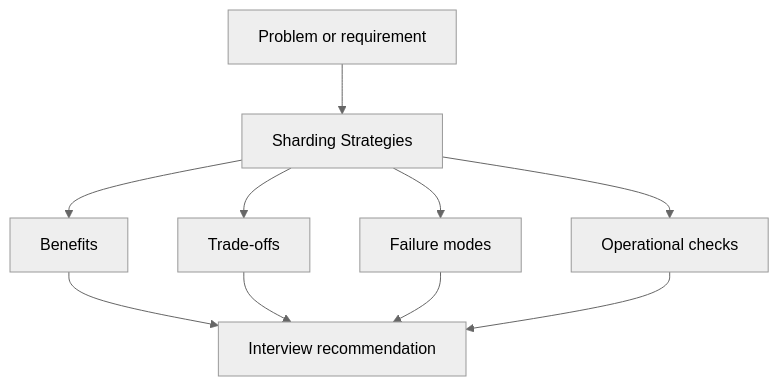
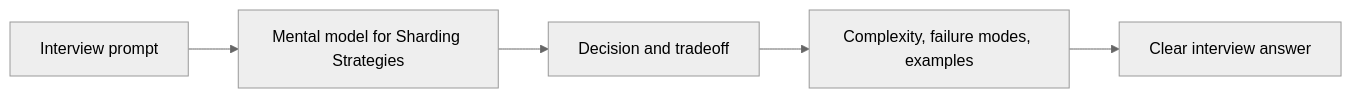
One commit to abstractinterviews/abstractinterviews.github.io changed the third of 3 diagrams in components/databases/sharding/index.md. Above: the diagram before and after it, drawn with Mermaid (neutral theme). The commit also changed other lines of this file and 278 other files, not shown here.

````diff
--- a/components/databases/sharding/index.md
+++ b/components/databases/sharding/index.md
@@ -101,12 +123,7 @@
-~~~mermaid
-flowchart TD
-    Problem["Problem or requirement"] --> Concept["Sharding Strategies"]
-    Concept --> Benefits["Benefits"]
-    Concept --> Tradeoffs["Trade-offs"]
-    Concept --> FailureModes["Failure modes"]
-    Concept --> Operations["Operational checks"]
-    Benefits --> Decision["Interview recommendation"]
-    Tradeoffs --> Decision
-    FailureModes --> Decision
-    Operations --> Decision
-~~~
+```mermaid
+flowchart LR
+    Problem["Interview prompt"] --> Model["Mental model for Sharding Strategies"]
+    Model --> Choice["Decision and tradeoff"]
+    Choice --> Evidence["Complexity, failure modes, examples"]
+    Evidence --> Answer["Clear interview answer"]
+```
````
